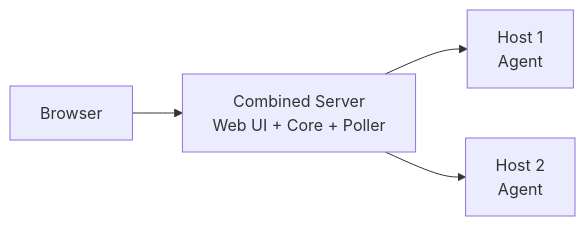
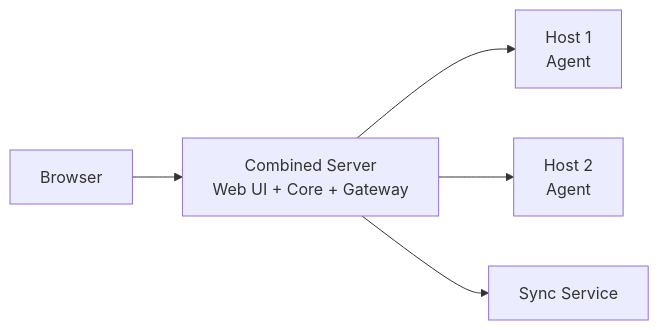
Before and after one commit to carverauto/serviceradar: the sixth of 7 diagrams in docs/docs/architecture.md, drawn with Mermaid. The commit also changed other lines of this file and 21 other files, not shown here.

````diff
--- a/docs/docs/architecture.md
+++ b/docs/docs/architecture.md
@@ -341,6 +364,7 @@
 ```mermaid
 graph LR
-    Browser[Browser] --> CombinedServer[Combined Server<br/>Web UI + Core + Poller]
+    Browser[Browser] --> CombinedServer[Combined Server<br/>Web UI + Core + Gateway]
     CombinedServer --> AgentServer1[Host 1<br/>Agent]
     CombinedServer --> AgentServer2[Host 2<br/>Agent]
+    CombinedServer --> SyncService[Sync Service]
 ```
````
